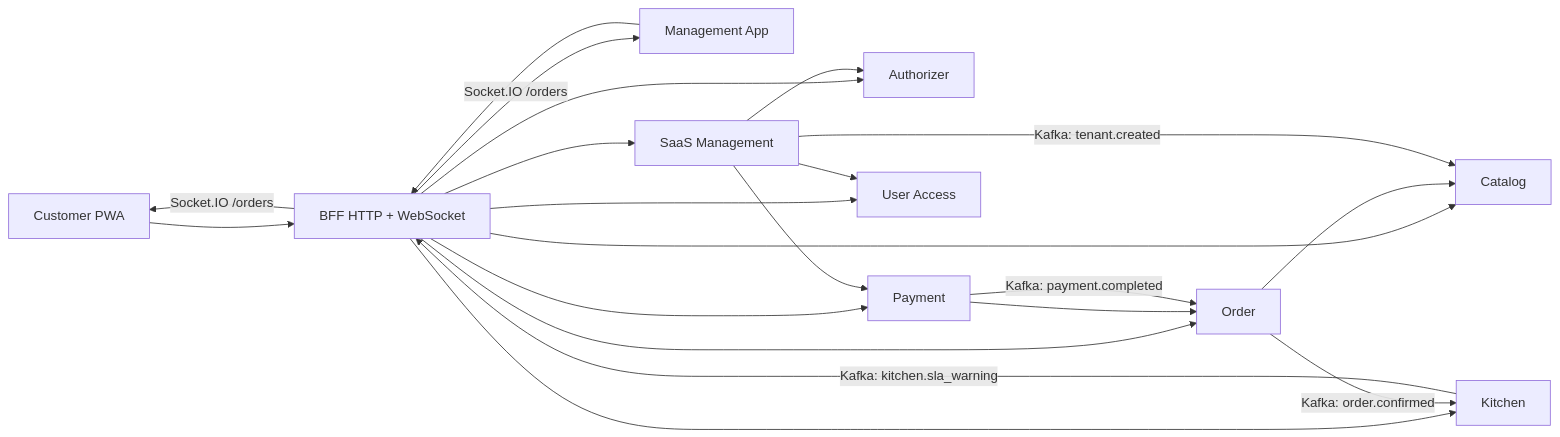
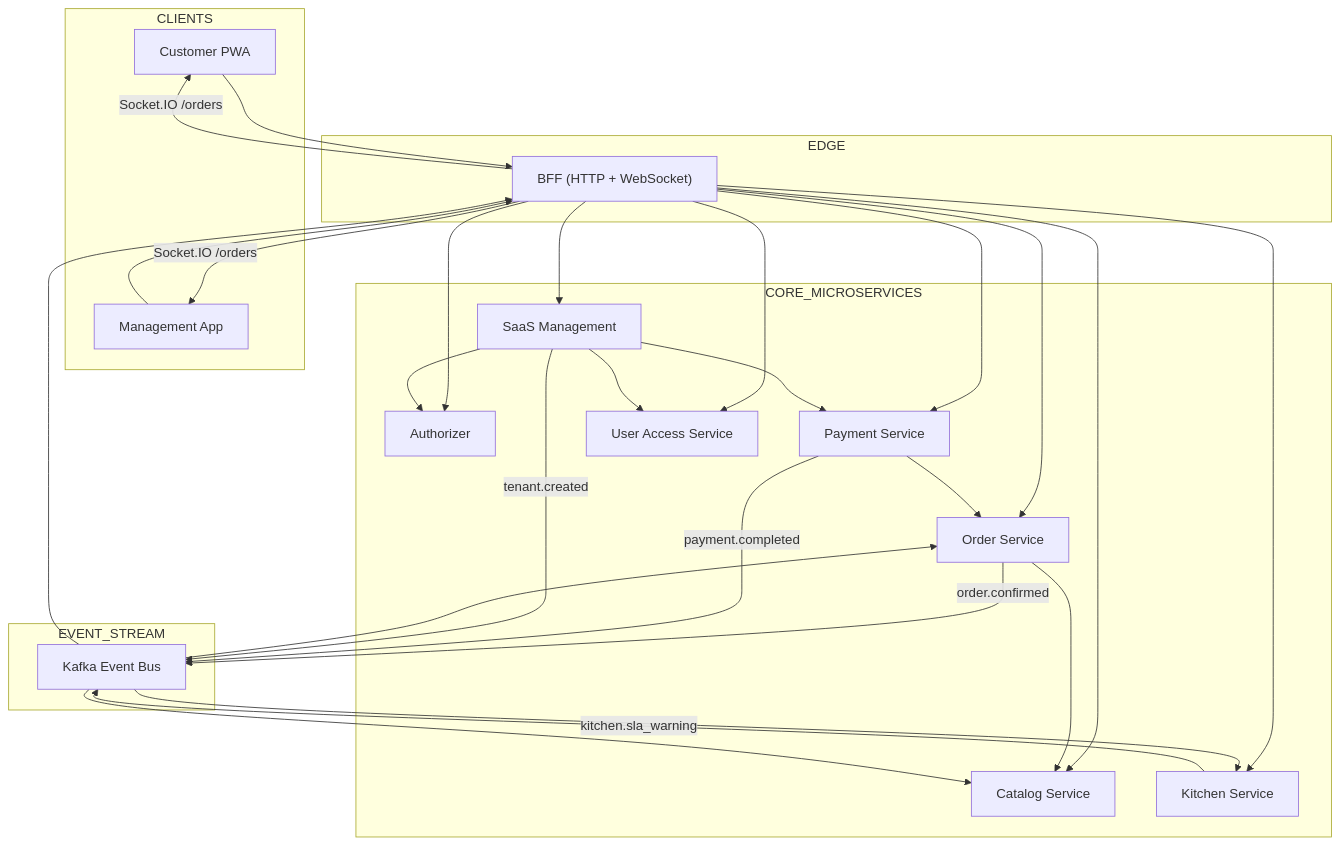
The first of 7 diagrams in docs/guides/codebase-reading-map.vi.md (quan-vo-dinh/saas-pos-microservices-qrtable), drawn with Mermaid before and after one commit. The commit also changed 32 other files, not shown here.

````diff
--- a/docs/guides/codebase-reading-map.vi.md
+++ b/docs/guides/codebase-reading-map.vi.md
@@ -39,27 +39,64 @@
 ```mermaid
-flowchart LR
-  Customer["Customer PWA"] --> BFF["BFF HTTP + WebSocket"]
-  Staff["Management App"] --> BFF
+flowchart TB
+%% ================= CLIENT LAYER =================
+subgraph CLIENTS
+  Customer["Customer PWA"]
+  Staff["Management App"]
+end
 
-  BFF --> Authorizer["Authorizer"]
-  BFF --> SaaS["SaaS Management"]
-  BFF --> Catalog["Catalog"]
-  BFF --> Order["Order"]
-  BFF --> Kitchen["Kitchen"]
-  BFF --> Payment["Payment"]
-  BFF --> UserAccess["User Access"]
+%% ================= EDGE LAYER =================
+subgraph EDGE
+  BFF["BFF (HTTP + WebSocket)"]
+end
 
-  Order --> Catalog
-  Payment --> Order
-  SaaS --> Authorizer
-  SaaS --> UserAccess
-  SaaS --> Payment
+%% ================= CORE SERVICES =================
+subgraph CORE_MICROSERVICES
+  Authorizer["Authorizer"]
+  SaaS["SaaS Management"]
+  Catalog["Catalog Service"]
+  Order["Order Service"]
+  Kitchen["Kitchen Service"]
+  Payment["Payment Service"]
+  UserAccess["User Access Service"]
+end
 
-  Order -- "Kafka: order.confirmed" --> Kitchen
-  Payment -- "Kafka: payment.completed" --> Order
-  SaaS -- "Kafka: tenant.created" --> Catalog
-  Kitchen -- "Kafka: kitchen.sla_warning" --> BFF
+%% ================= EVENT BUS =================
+subgraph EVENT_STREAM
+  Kafka["Kafka Event Bus"]
+end
 
-  BFF -- "Socket.IO /orders" --> Customer
-  BFF -- "Socket.IO /orders" --> Staff
+%% -------- Client -> BFF --------
+Customer --> BFF
+Staff --> BFF
+
+%% -------- BFF -> Services (sync) --------
+BFF --> Authorizer
+BFF --> SaaS
+BFF --> Catalog
+BFF --> Order
+BFF --> Kitchen
+BFF --> Payment
+BFF --> UserAccess
+
+%% -------- Internal Sync Calls --------
+Order --> Catalog
+Payment --> Order
+SaaS --> Authorizer
+SaaS --> UserAccess
+SaaS --> Payment
+
+%% -------- Async Events (Kafka) --------
+Order -- "order.confirmed" --> Kafka
+Payment -- "payment.completed" --> Kafka
+SaaS -- "tenant.created" --> Kafka
+
+Kafka --> Kitchen
+Kafka --> Order
+Kafka --> Catalog
+Kitchen -- "kitchen.sla_warning" --> Kafka
+Kafka --> BFF
+
+%% -------- Realtime Push --------
+BFF -- "Socket.IO /orders" --> Customer
+BFF -- "Socket.IO /orders" --> Staff
 ```
````
